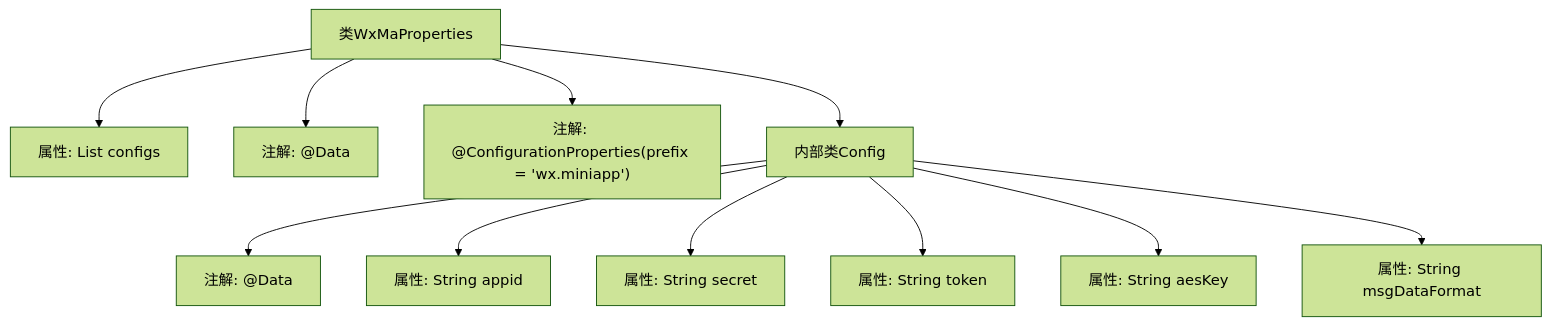
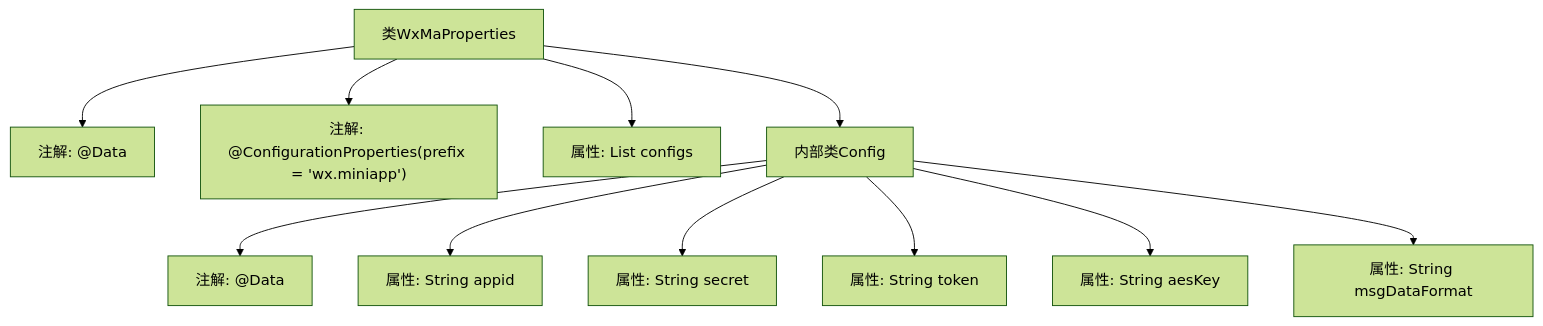
One commit to v-wjrong/binary_weixin-java-miniapp-demo changed the second of 2 diagrams in docs/zh/docs/src/main/java/com/github/binarywang/demo/wx/miniapp/config/WxMaProperties.md. Above: the diagram before and after it, drawn with Mermaid (forest theme). The commit also changed other lines of this file and 47 other files, not shown here.

````diff
--- a/docs/zh/docs/src/main/java/com/github/binarywang/demo/wx/miniapp/config/WxMaProperties.md
+++ b/docs/zh/docs/src/main/java/com/github/binarywang/demo/wx/miniapp/config/WxMaProperties.md
@@ -70,27 +70,25 @@
 ```mermaid
 graph TD
     A["类WxMaProperties"]
-    B["属性: List<Config> configs"]
-    C["注解: @Data"]
-    D["注解: @ConfigurationProperties(prefix = 'wx.miniapp')"]
-    
+    B["注解: @Data"]
+    C["注解: @ConfigurationProperties(prefix = 'wx.miniapp')"]
+    D["属性: List<Config> configs"]
     E["内部类Config"]
-    F["属性: String appid"]
-    G["属性: String secret"]
-    H["属性: String token"]
-    I["属性: String aesKey"]
-    J["属性: String msgDataFormat"]
-    K["注解: @Data"]
+    F["注解: @Data"]
+    G["属性: String appid"]
+    H["属性: String secret"]
+    I["属性: String token"]
+    J["属性: String aesKey"]
+    K["属性: String msgDataFormat"]
 
+    A --> B
     A --> C
     A --> D
-    A --> B
     A --> E
-
-    E --> K
     E --> F
     E --> G
     E --> H
     E --> I
     E --> J
+    E --> K
 ```
````
